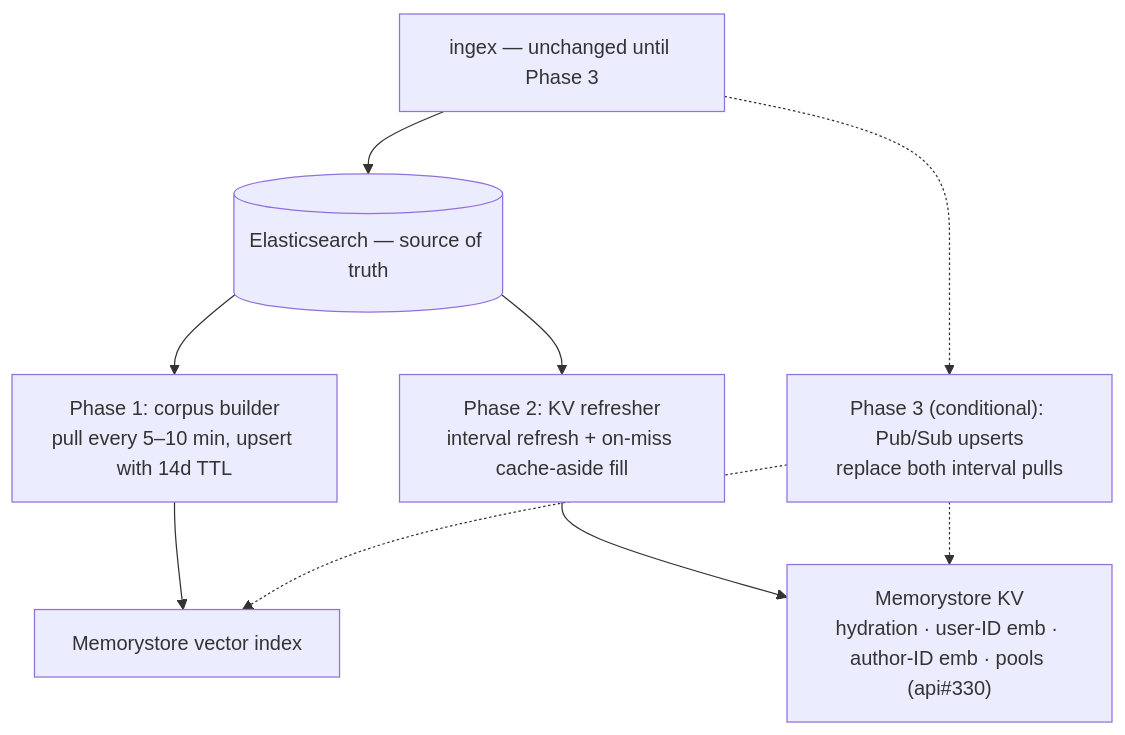
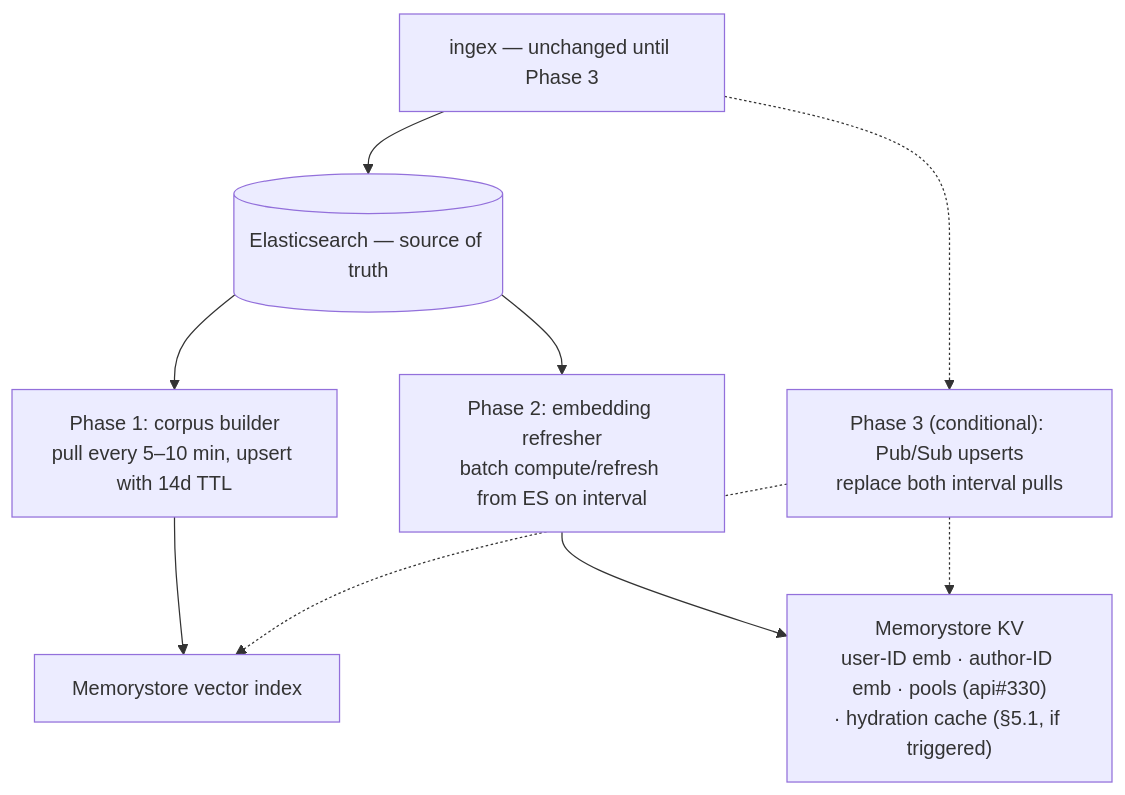
Before and after one commit to greenearth-social/api: the second of 4 diagrams in docs/design/feeds-datastore-redesign.md, drawn with Mermaid. The commit also changed other lines of this file, not shown here.

Commit message:
Rescope Phase 2 to roadmap embedding stores; demote hydration cache to trigger-conditioned add-on (new 5.1)

````diff
--- a/docs/design/feeds-datastore-redesign.md
+++ b/docs/design/feeds-datastore-redesign.md
@@ -139,11 +139,11 @@
 ```mermaid
 flowchart TB
     ING["ingex — unchanged until Phase 3"] --> ES[("Elasticsearch — source of truth")]
     ES --> B1["Phase 1: corpus builder<br/>pull every 5–10 min, upsert with 14d TTL"]
     B1 --> ANN["Memorystore vector index"]
-    ES --> B2["Phase 2: KV refresher<br/>interval refresh + on-miss cache-aside fill"]
-    B2 --> KV["Memorystore KV<br/>hydration · user-ID emb · author-ID emb · pools (api#330)"]
+    ES --> B2["Phase 2: embedding refresher<br/>batch compute/refresh from ES on interval"]
+    B2 --> KV["Memorystore KV<br/>user-ID emb · author-ID emb · pools (api#330)<br/>· hydration cache (§5.1, if triggered)"]
     ING -.-> B3["Phase 3 (conditional): Pub/Sub upserts<br/>replace both interval pulls"]
     B3 -.-> ANN
     B3 -.-> KV
 ```
````
